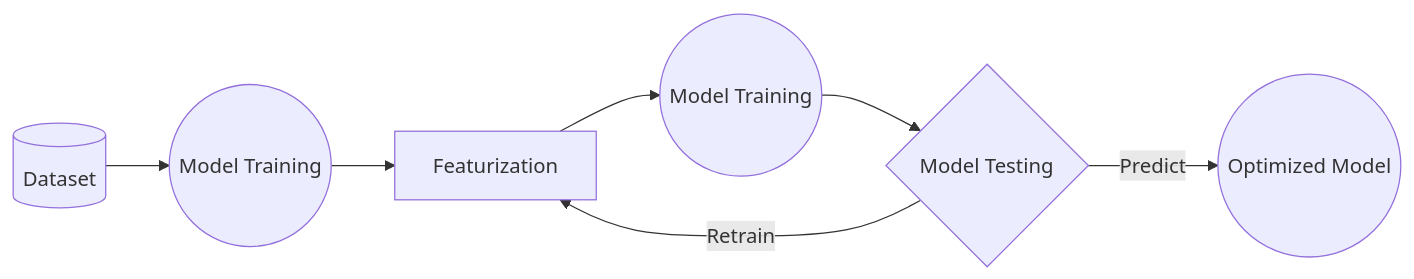
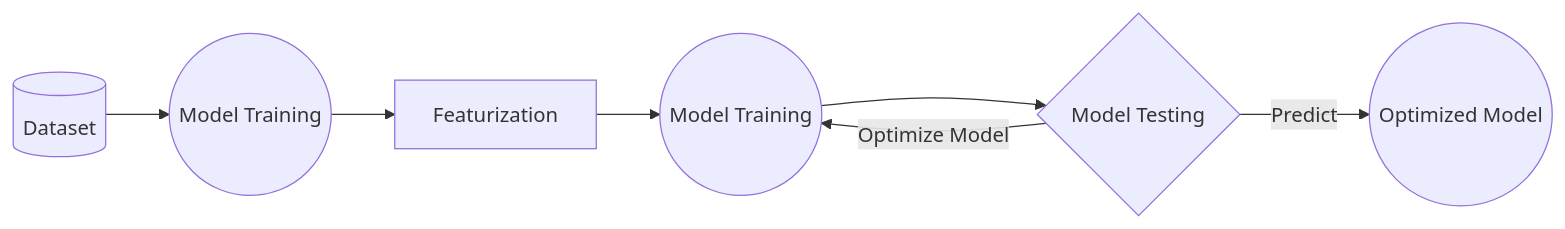
Before and after one commit to Suddhaswatta/learn-ml: the first of 2 diagrams in README.md, drawn with Mermaid. The commit also changed other lines of this file, not shown here.

````diff
--- a/README.md
+++ b/README.md
@@ -15,11 +15,11 @@
 ```mermaid
 flowchart LR
     A[(Dataset)] --> B((Model Training))
     B --> C[Featurization]
     C --> D((Model Training))
     D --> E{Model Testing}
-    E --> |Retrain| C
+    E --> |Optimize Model| D
     E --> |Predict| F((Optimized Model))
    
   
 ```
````
